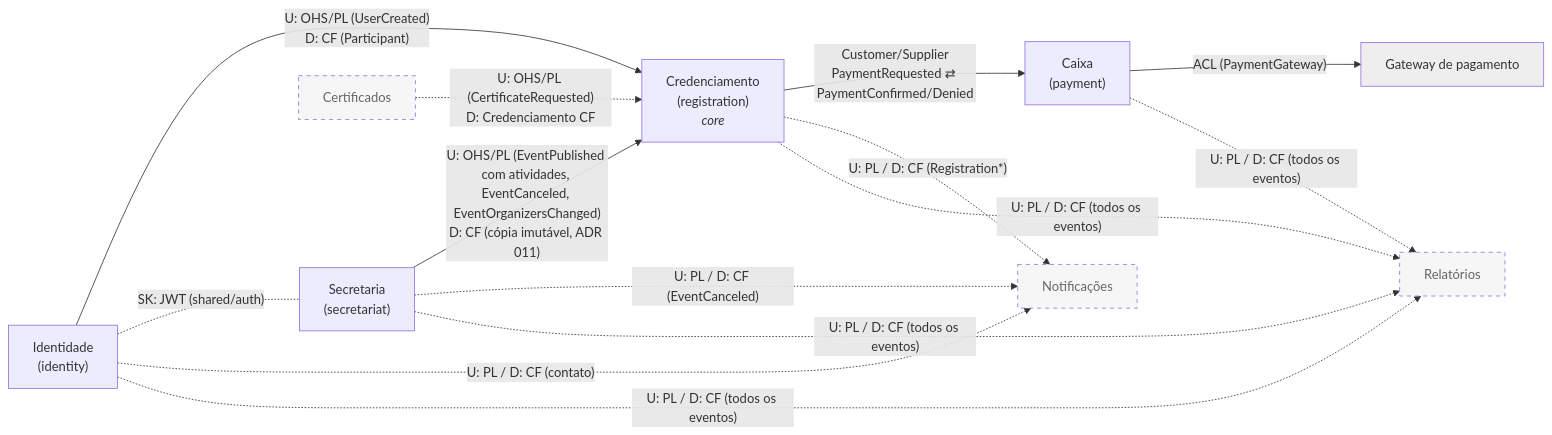
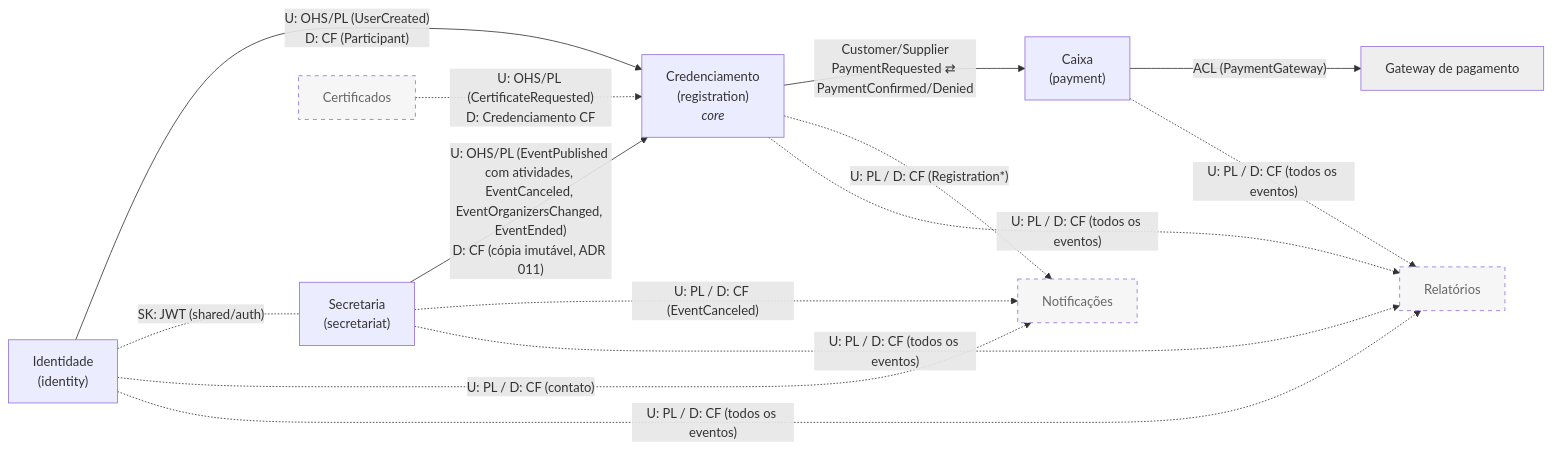
Before and after one commit to macaroots/EventHub: the first of 3 diagrams in docs/arquitetura.md, drawn with Mermaid. The commit also changed other lines of this file and 2 other files, not shown here.

````diff
--- a/docs/arquitetura.md
+++ b/docs/arquitetura.md
@@ -103,25 +105,25 @@
 ```mermaid
 flowchart LR
     classDef planned stroke-dasharray: 5 5,fill:#f6f6f6,color:#666
     classDef external fill:#eee,color:#333
 
     Identity["Identidade<br/>(identity)"]
     Secretaria["Secretaria<br/>(secretariat)"]
     Credenciamento["Credenciamento<br/>(registration)<br/><i>core</i>"]
     Caixa["Caixa<br/>(payment)"]
     Notificacoes["Notificações"]:::planned
     Certificados["Certificados"]:::planned
     Relatorios["Relatórios"]:::planned
     Gateway["Gateway de pagamento"]:::external
 
     Identity -- "U: OHS/PL (UserCreated)<br/>D: CF (Participant)" --> Credenciamento
     Identity -. "SK: JWT (shared/auth)" .- Secretaria
-    Secretaria -- "U: OHS/PL (EventPublished com atividades, EventCanceled, EventOrganizersChanged)<br/>D: CF (cópia imutável, ADR 011)" --> Credenciamento
+    Secretaria -- "U: OHS/PL (EventPublished com atividades, EventCanceled, EventOrganizersChanged, EventEnded)<br/>D: CF (cópia imutável, ADR 011)" --> Credenciamento
     Credenciamento -- "Customer/Supplier<br/>PaymentRequested ⇄ PaymentConfirmed/Denied" --> Caixa
     Caixa -- "ACL (PaymentGateway)" --> Gateway
     Certificados -. "U: OHS/PL (CertificateRequested)<br/>D: Credenciamento CF" .-> Credenciamento
     Credenciamento -. "U: PL / D: CF (Registration*)" .-> Notificacoes
     Secretaria -. "U: PL / D: CF (EventCanceled)" .-> Notificacoes
     Identity -. "U: PL / D: CF (contato)" .-> Notificacoes
     Credenciamento & Secretaria & Identity & Caixa -. "U: PL / D: CF (todos os eventos)" .-> Relatorios
 ```
````
